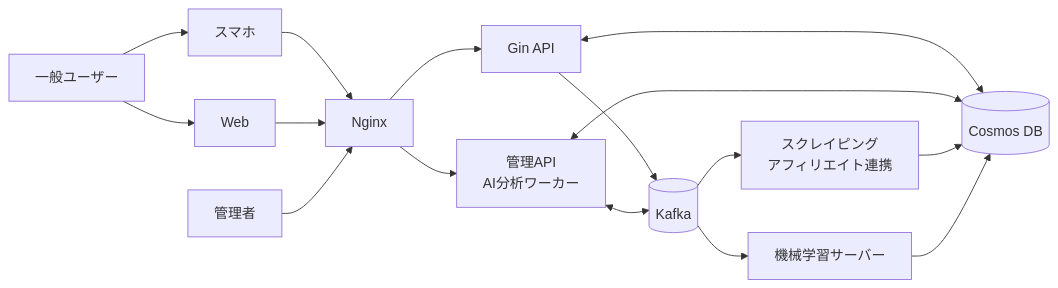
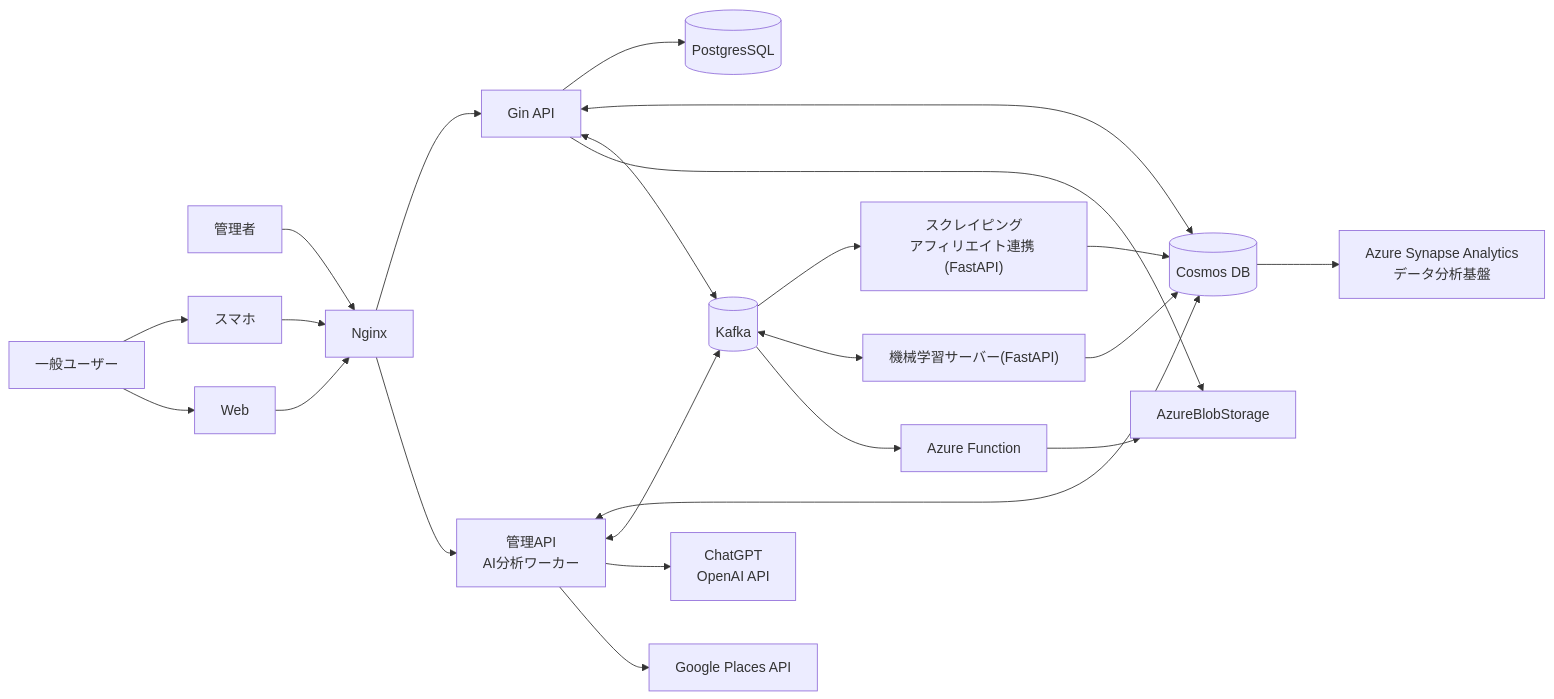
One commit to asamigentoku/DatePlan-app changed the diagram in document/external-document/infra-diagram.md. Above: the diagram before and after it, drawn with Mermaid.

Commit message:
インフラ設計書の作成

````diff
--- a/document/external-document/infra-diagram.md
+++ b/document/external-document/infra-diagram.md
@@ -1,36 +1,50 @@
 ```mermaid
 flowchart LR
     User["一般ユーザー"]
     Admin["管理者"]
     Mobile["スマホ"]
     Web["Web"]
     Nginx["Nginx"]
     Gin["Gin API"]
     AdminAPI["管理API<br/>AI分析ワーカー"]
     CosmosDB[("Cosmos DB")]
     Kafka[("Kafka")]
-    Scraping["スクレイピング<br/>アフィリエイト連携"]
-    ML["機械学習サーバー"]
+    Scraping["スクレイピング<br/>アフィリエイト連携 (FastAPI)"]
+    ML["機械学習サーバー(FastAPI)"]
+    PostgresSQL[("PostgresSQL")]
+    AzureFunction["Azure Function"]
+    AzureBlobStorage["AzureBlobStorage"]
+    ChatGPT["ChatGPT<br/>OpenAI API"]
+    GooglePlaces["Google Places API"]
+    AzureSynapseAnalytics["Azure Synapse Analytics<br/> データ分析基盤"]
 
     User --> Mobile
     User --> Web
 
     Mobile --> Nginx
     Web --> Nginx
     Admin --> Nginx
 
     Nginx --> Gin
     Nginx --> AdminAPI
+    
+    Gin --> PostgresSQL
 
     Gin <--> CosmosDB
-    Gin --> Kafka
+    Gin <--> Kafka
+    Gin -->AzureBlobStorage
 
     AdminAPI <--> CosmosDB
     AdminAPI <--> Kafka
 
     Kafka --> Scraping
-    Kafka --> ML
+    Kafka <--> ML
+    Kafka --> AzureFunction
+    AdminAPI --> ChatGPT
+    AdminAPI --> GooglePlaces
 
     Scraping --> CosmosDB
+    CosmosDB --> AzureSynapseAnalytics
     ML --> CosmosDB
+    AzureFunction --> AzureBlobStorage
 ```
````
